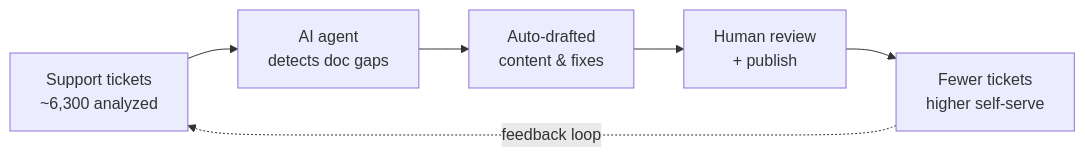
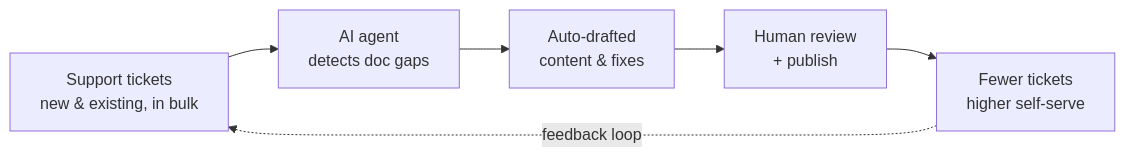
The first of 2 diagrams in README.md (sabuj000/Portfolio), drawn with Mermaid before and after one commit. The commit also changed other lines of this file and 1 other file, not shown here.

First line of the commit message:
Replace abrupt ~6,300 ticket figure with 'new and existing tickets in bulk'

````diff
--- a/README.md
+++ b/README.md
@@ -98,8 +98,8 @@
 ```mermaid
 flowchart LR
-    A[Support tickets<br/>~6,300 analyzed] --> B[AI agent<br/>detects doc gaps]
+    A[Support tickets<br/>new & existing, in bulk] --> B[AI agent<br/>detects doc gaps]
     B --> C[Auto-drafted<br/>content & fixes]
     C --> D[Human review<br/>+ publish]
     D --> E[Fewer tickets<br/>higher self-serve]
     E -.feedback loop.-> A
 ```
````
